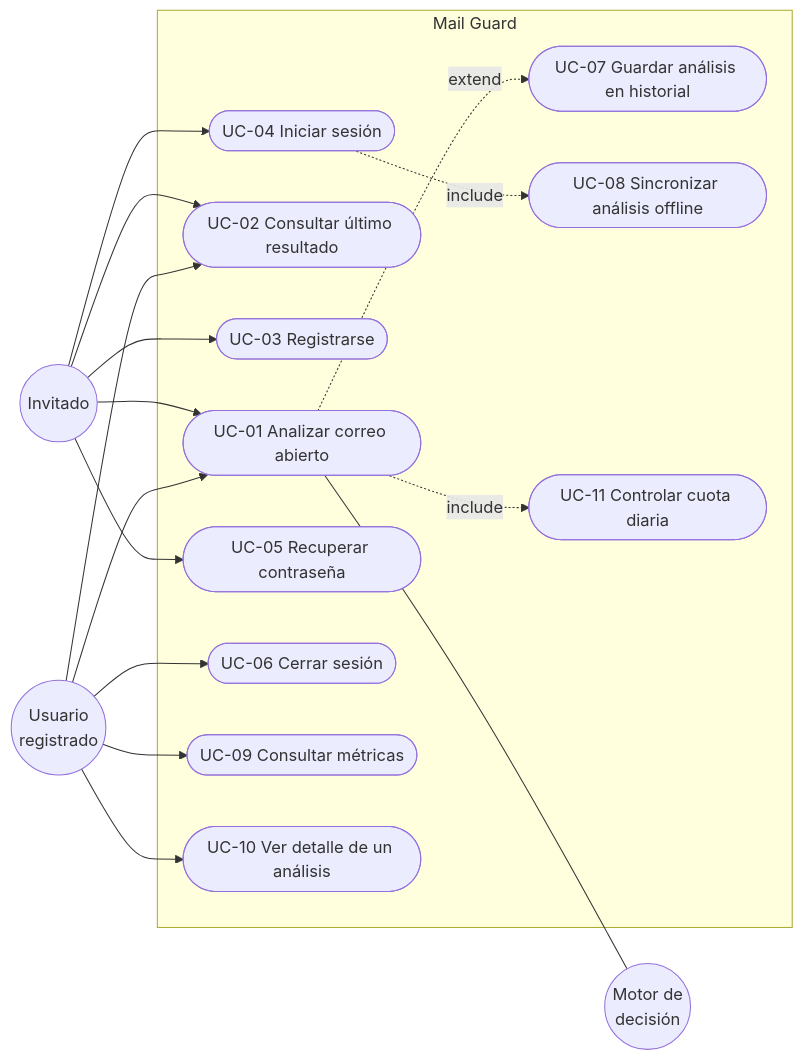
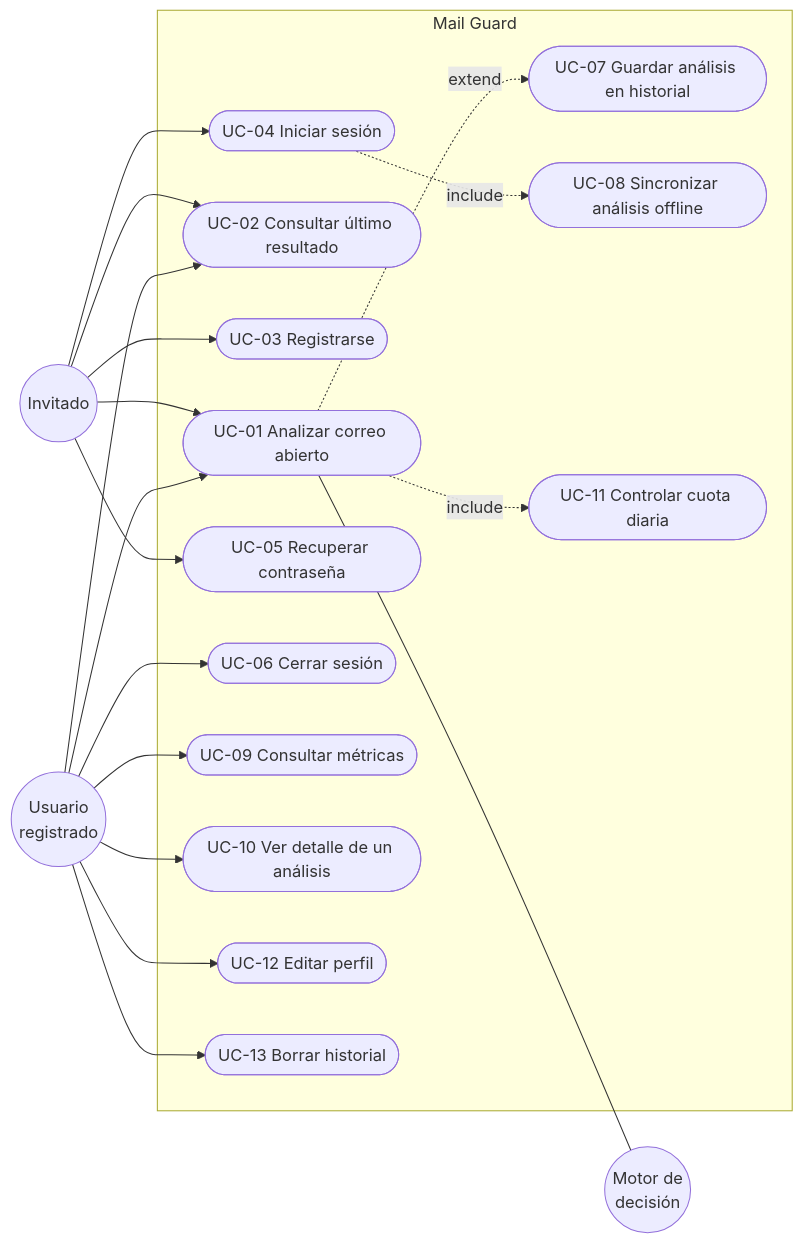
Before and after one commit to Tatianayya3/uts-mail-guard: the diagram in docs/USE_CASES.md, drawn with Mermaid. The commit also changed other lines of this file and 97 other files, not shown here.

````diff
--- a/docs/USE_CASES.md
+++ b/docs/USE_CASES.md
@@ -14,27 +14,29 @@
 ```mermaid
 flowchart LR
   I((Invitado))
   R((Usuario<br/>registrado))
   M((Motor de<br/>decisión))
 
   subgraph Mail Guard
     UC1([UC-01 Analizar correo abierto])
     UC2([UC-02 Consultar último resultado])
     UC3([UC-03 Registrarse])
     UC4([UC-04 Iniciar sesión])
     UC5([UC-05 Recuperar contraseña])
     UC6([UC-06 Cerrar sesión])
     UC7([UC-07 Guardar análisis en historial])
     UC8([UC-08 Sincronizar análisis offline])
     UC9([UC-09 Consultar métricas])
     UC10([UC-10 Ver detalle de un análisis])
     UC11([UC-11 Controlar cuota diaria])
+    UC12([UC-12 Editar perfil])
+    UC13([UC-13 Borrar historial])
   end
 
   I --> UC1 & UC2 & UC3 & UC4 & UC5
-  R --> UC1 & UC2 & UC6 & UC9 & UC10
+  R --> UC1 & UC2 & UC6 & UC9 & UC10 & UC12 & UC13
   UC1 -. include .-> UC11
   UC1 -. extend .-> UC7
   UC4 -. include .-> UC8
   UC1 --- M
 ```
````
